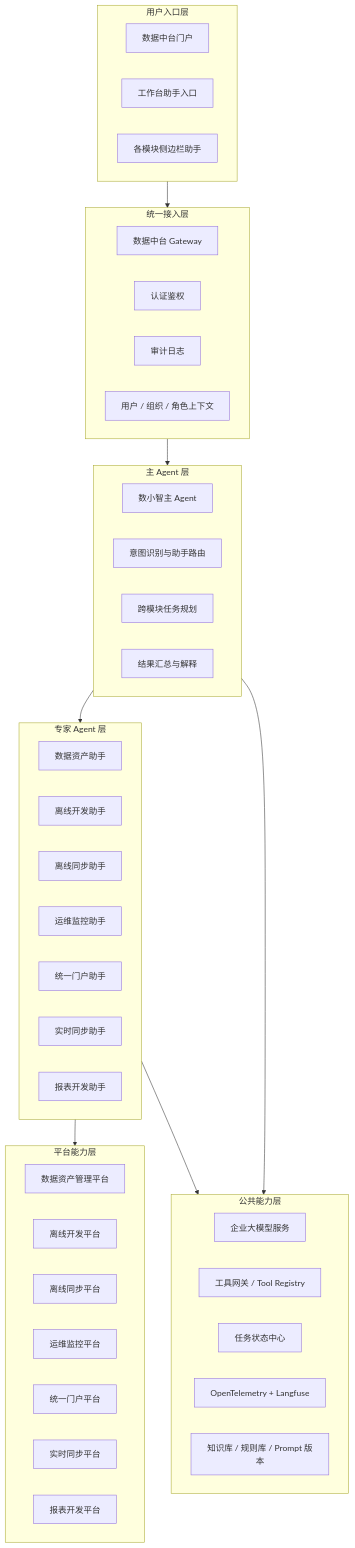
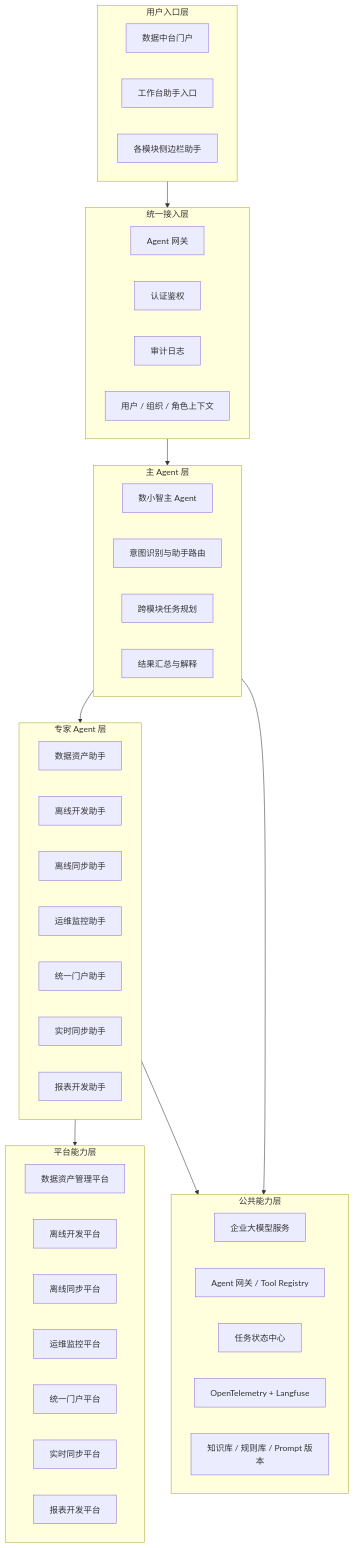
The second of 3 diagrams in 数据资产助手/02-数据资产助手定位与数小智关系.md (ShaneLiu001/dataasset), drawn with Mermaid before and after one commit. The commit also changed other lines of this file and 17 other files, not shown here.

````diff
--- a/数据资产助手/02-数据资产助手定位与数小智关系.md
+++ b/数据资产助手/02-数据资产助手定位与数小智关系.md
@@ -40,57 +40,57 @@
 ```mermaid
 flowchart TB
   subgraph L1[用户入口层]
     U1[数据中台门户]
     U2[工作台助手入口]
     U3[各模块侧边栏助手]
   end
 
   subgraph L2[统一接入层]
-    GW[数据中台 Gateway]
+    GW[Agent 网关]
     Auth[认证鉴权]
     Audit[审计日志]
     Ctx[用户 / 组织 / 角色上下文]
   end
 
   subgraph L3[主 Agent 层]
     Main[数小智主 Agent]
     Router[意图识别与助手路由]
     Planner[跨模块任务规划]
     Aggregator[结果汇总与解释]
   end
 
   subgraph L4[专家 Agent 层]
     A1[数据资产助手]
     A2[离线开发助手]
     A3[离线同步助手]
     A4[运维监控助手]
     A5[统一门户助手]
     A6[实时同步助手]
     A7[报表开发助手]
   end
 
   subgraph L5[平台能力层]
     P1[数据资产管理平台]
     P2[离线开发平台]
     P3[离线同步平台]
     P4[运维监控平台]
     P5[统一门户平台]
     P6[实时同步平台]
     P7[报表开发平台]
   end
 
   subgraph L6[公共能力层]
     Model[企业大模型服务]
-    Tool[工具网关 / Tool Registry]
+    Tool[Agent 网关 / Tool Registry]
     State[任务状态中心]
     Obs[OpenTelemetry + Langfuse]
     Knowledge[知识库 / 规则库 / Prompt 版本]
   end
 
   L1 --> L2
   L2 --> L3
   L3 --> L4
   L4 --> L5
   L3 --> L6
   L4 --> L6
 ```
````
